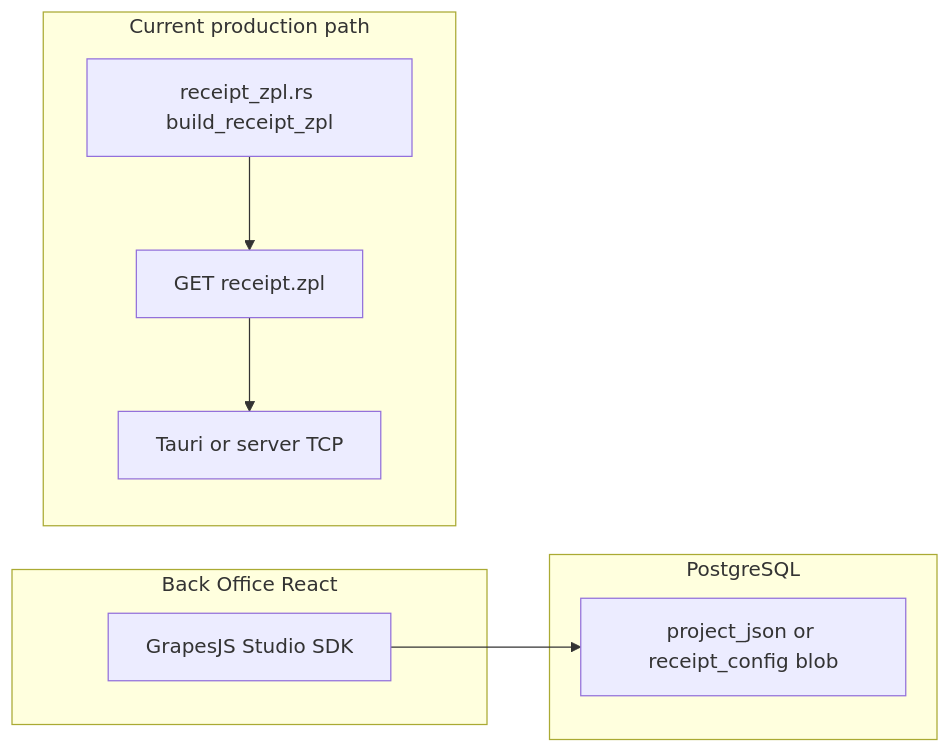
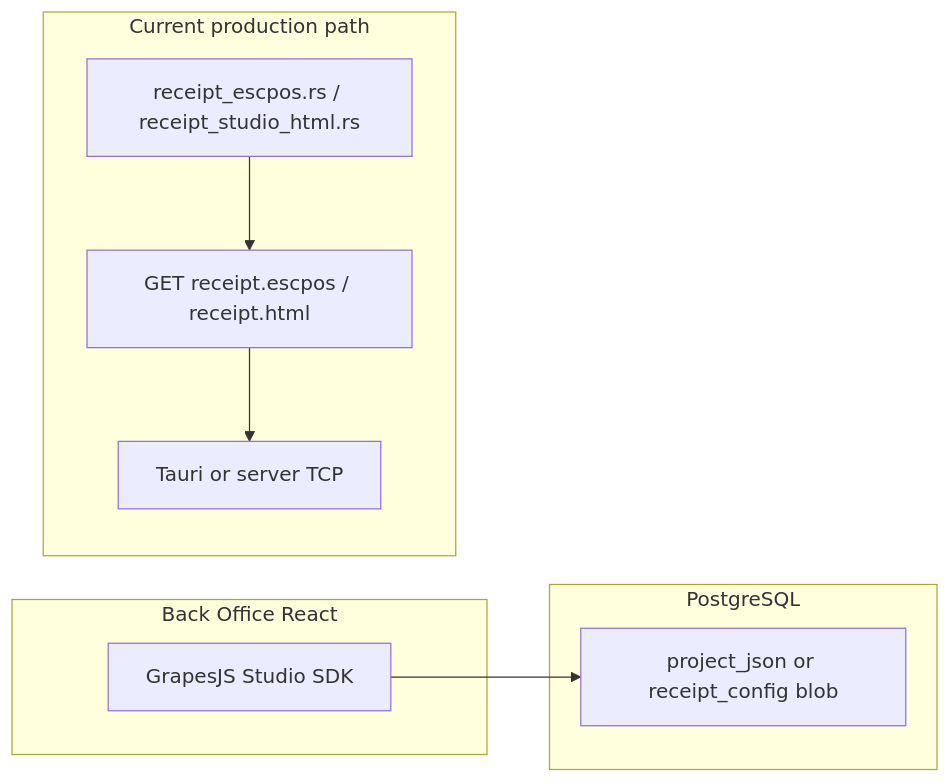
The diagram in PLAN_GRAPESJS_RECEIPT_BUILDER.md (cpg716/riverside-os), drawn with Mermaid before and after one commit. The commit also changed other lines of this file and 76 other files, not shown here.

````diff
--- a/PLAN_GRAPESJS_RECEIPT_BUILDER.md
+++ b/PLAN_GRAPESJS_RECEIPT_BUILDER.md
@@ -34,16 +34,16 @@
 ```mermaid
 flowchart LR
   subgraph designer [Back Office React]
     Studio[GrapesJS Studio SDK]
   end
   subgraph storage [PostgreSQL]
     JSON[project_json or receipt_config blob]
   end
   subgraph printPath [Current production path]
-    RustZPL[receipt_zpl.rs build_receipt_zpl]
-    Endpoint[GET receipt.zpl]
+    RustReceipt[receipt_escpos.rs / receipt_studio_html.rs]
+    Endpoint[GET receipt.escpos / receipt.html]
     Bridge[Tauri or server TCP]
   end
   Studio --> JSON
-  RustZPL --> Endpoint --> Bridge
+  RustReceipt --> Endpoint --> Bridge
 ```
````
